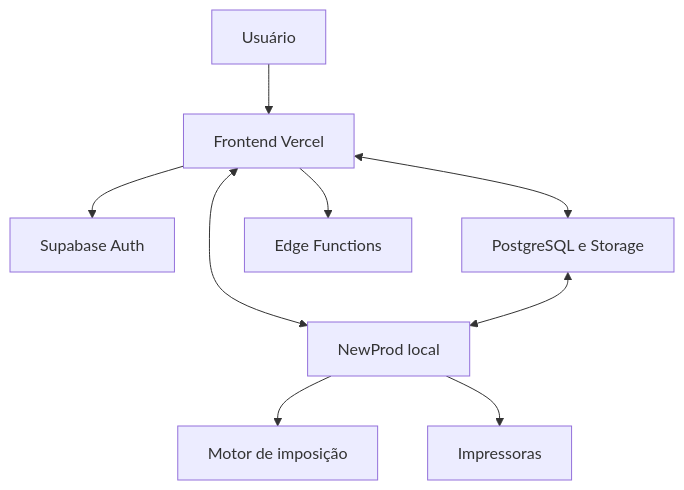
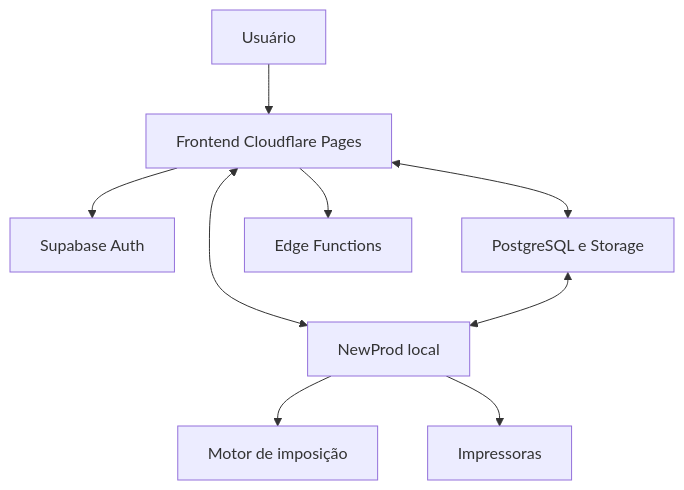
The diagram in docs/ARQUITETURA.md (ingressoideal1-gif/imposicao), drawn with Mermaid before and after one commit. The commit also changed other lines of this file and 12 other files, not shown here.

````diff
--- a/docs/ARQUITETURA.md
+++ b/docs/ARQUITETURA.md
@@ -7,11 +7,11 @@
 ```mermaid
 flowchart TD
-    U["Usuário"] --> W["Frontend Vercel"]
+    U["Usuário"] --> W["Frontend Cloudflare Pages"]
     W --> A["Supabase Auth"]
     W <--> D["PostgreSQL e Storage"]
     W --> E["Edge Functions"]
     W <--> N["NewProd local"]
     D <--> N
     N --> G["Motor de imposição"]
     N --> P["Impressoras"]
 ```
````
